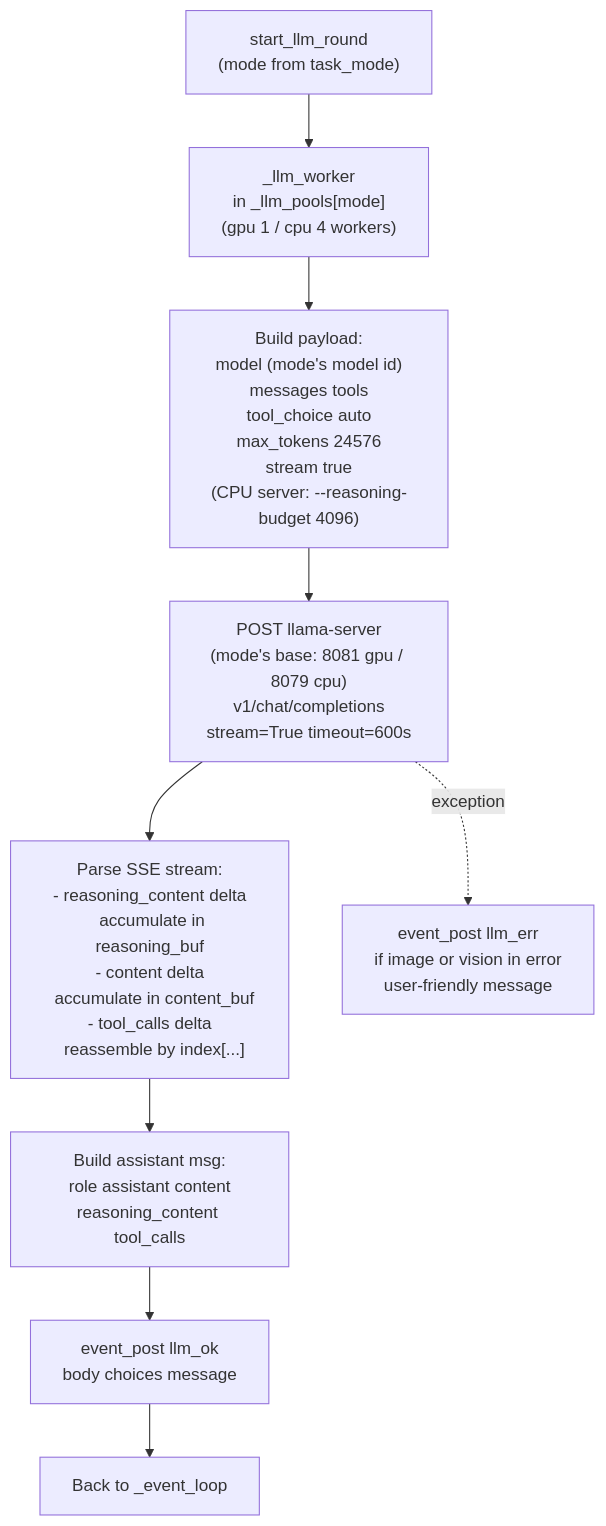
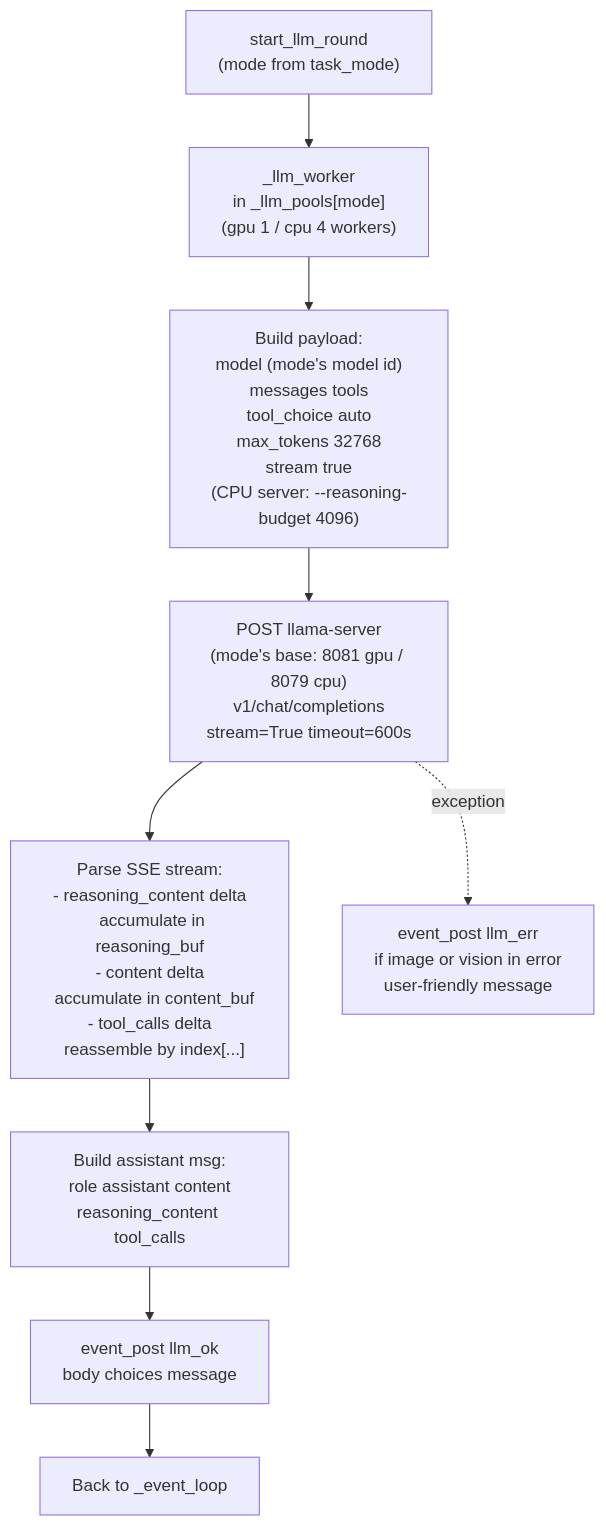
One commit to Palash90/local-ai changed the tenth of 12 diagrams in README.md. Above: the diagram before and after it, drawn with Mermaid. The commit also changed other lines of this file and 13 other files, not shown here.

````diff
--- a/README.md
+++ b/README.md
@@ -511,12 +511,12 @@
 ```mermaid
 graph TD
     StartRound0["start_llm_round\n(mode from task_mode)"] --> LLMWorker["_llm_worker\nin _llm_pools[mode]\n(gpu 1 / cpu 4 workers)"]
-    LLMWorker --> PayloadBuild["Build payload:\nmodel (mode's model id)\nmessages tools\ntool_choice auto\nmax_tokens 24576\nstream true\n(CPU server: --reasoning-budget 4096)"]
+    LLMWorker --> PayloadBuild["Build payload:\nmodel (mode's model id)\nmessages tools\ntool_choice auto\nmax_tokens 32768\nstream true\n(CPU server: --reasoning-budget 4096)"]
     PayloadBuild --> StreamReq["POST llama-server\n(mode's base: 8081 gpu / 8079 cpu)\nv1/chat/completions\nstream=True timeout=600s"]
     StreamReq --> StreamParse["Parse SSE stream:\n- reasoning_content delta\n  accumulate in reasoning_buf\n- content delta\n  accumulate in content_buf\n- tool_calls delta\n  reassemble by index[...]" ]
     StreamParse --> BuildAssistantMsg["Build assistant msg:\nrole assistant content\nreasoning_content tool_calls"]
     BuildAssistantMsg --> LLMOKPost["event_post llm_ok\nbody choices message"]
     LLMOKPost --> EvLoop["Back to _event_loop"]
 
     StreamReq -. "exception" .-> LLMException["event_post llm_err\nif image or vision in error\nuser-friendly message"]
 ```
````
